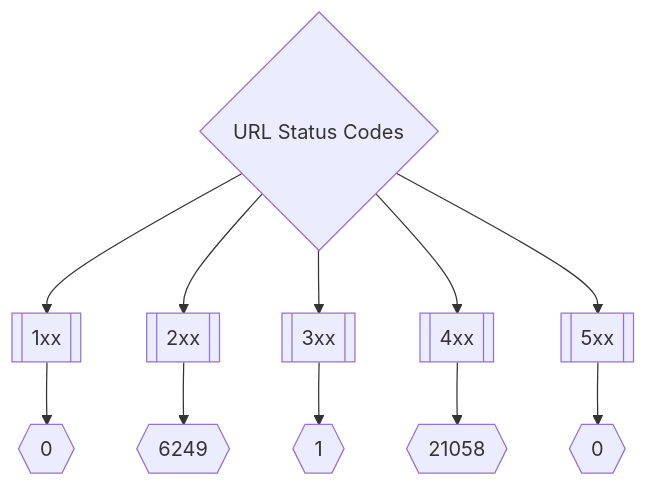
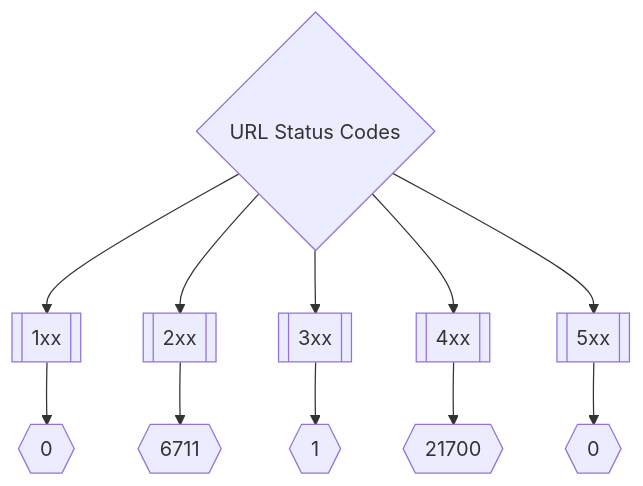
The second of 3 diagrams in README.md (trickest/inventory), drawn with Mermaid before and after one commit. The commit also changed other lines of this file, not shown here.

Commit message:
Update Tue Mar  8 17:23:36 UTC 2022

````diff
--- a/README.md
+++ b/README.md
@@ -173,8 +173,8 @@
 ```mermaid
 graph TD
 title{URL Status Codes} --> 1xx[[1xx]] --> status1xxNum{{0}}
-title --> 2xx[[2xx]] --> status2xxNum{{6249}}
+title --> 2xx[[2xx]] --> status2xxNum{{6711}}
 title --> 3xx[[3xx]] --> status3xxNum{{1}}
-title --> 4xx[[4xx]] --> status4xxNum{{21058}}
+title --> 4xx[[4xx]] --> status4xxNum{{21700}}
 title --> 5xx[[5xx]] --> status5xxNum{{0}}
 ```
````
